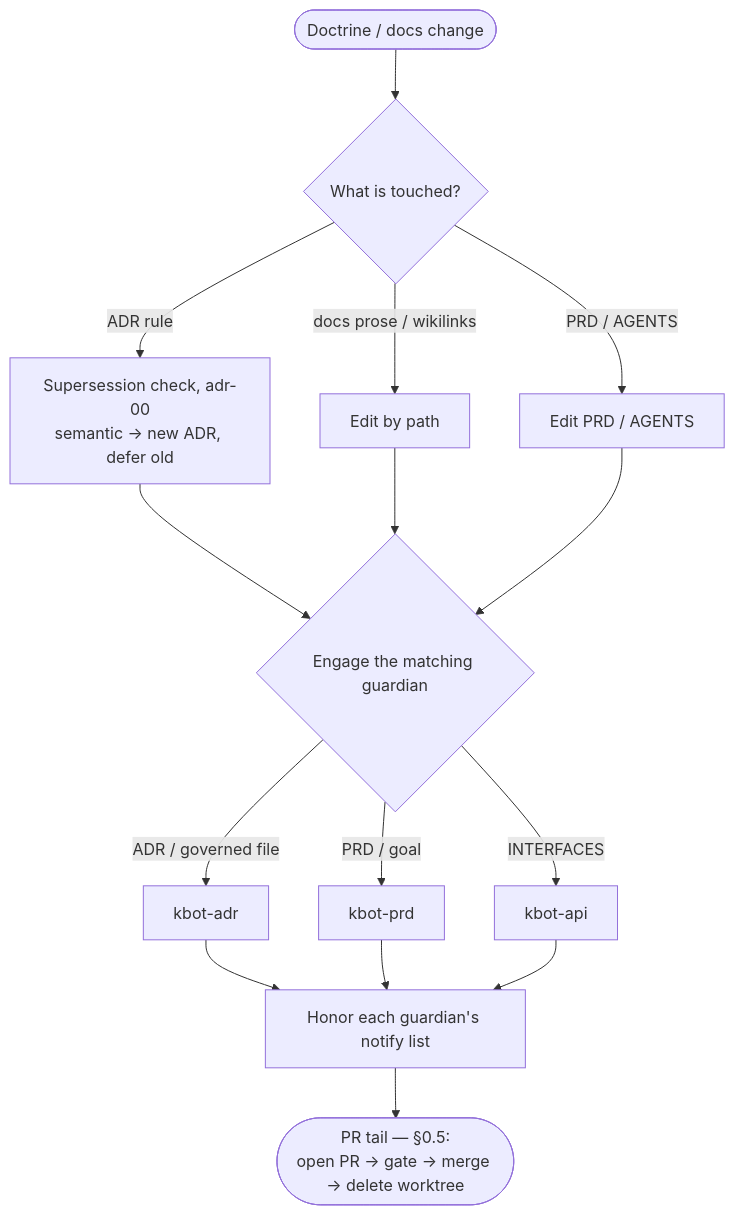
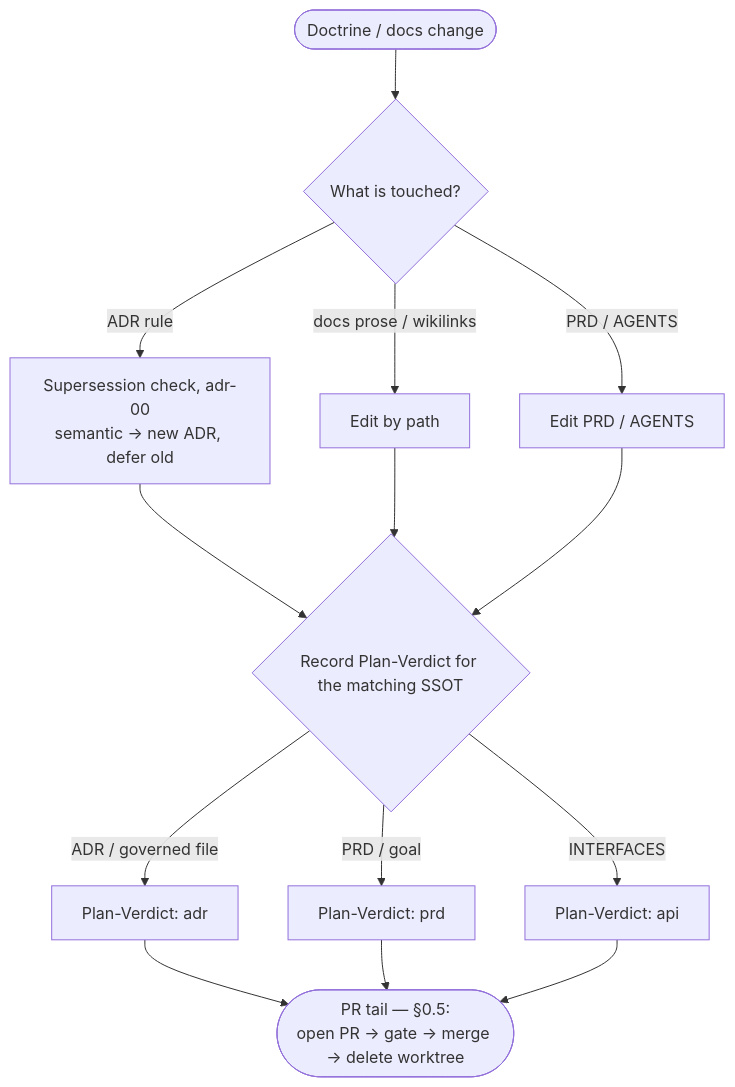
Before and after one commit to kodexArg/harness-base: the seventh of 7 diagrams in docs/DEVELOPMENT-LOOP.md, drawn with Mermaid. The commit also changed other lines of this file and 32 other files, not shown here.

First line of the commit message:
fix(harness): record SSOT merge-gate as Plan-Verdict only

````diff
--- a/docs/DEVELOPMENT-LOOP.md
+++ b/docs/DEVELOPMENT-LOOP.md
@@ -204,17 +204,16 @@
 ```mermaid
 flowchart TD
     D(["Doctrine / docs change"]) --> W{"What is touched?"}
     W -->|ADR rule| ADR["Supersession check, adr-00<br/>semantic → new ADR, defer old"]
     W -->|docs prose / wikilinks| PROSE["Edit by path"]
     W -->|PRD / AGENTS| PRDN["Edit PRD / AGENTS"]
-    ADR --> GUARD{"Engage the matching guardian"}
-    PROSE --> GUARD
-    PRDN --> GUARD
-    GUARD -->|ADR / governed file| GA["kbot-adr"]
-    GUARD -->|PRD / goal| GP["kbot-prd"]
-    GUARD -->|INTERFACES| GI["kbot-api"]
-    GA --> NOTIFY["Honor each guardian's notify list"]
-    GP --> NOTIFY
-    GI --> NOTIFY
-    NOTIFY --> PR(["PR tail — §0.5:<br/>open PR → gate → merge → delete worktree"])
+    ADR --> GATE{"Record Plan-Verdict for the matching SSOT"}
+    PROSE --> GATE
+    PRDN --> GATE
+    GATE -->|ADR / governed file| GA["Plan-Verdict: adr"]
+    GATE -->|PRD / goal| GP["Plan-Verdict: prd"]
+    GATE -->|INTERFACES| GI["Plan-Verdict: api"]
+    GA --> PR(["PR tail — §0.5:<br/>open PR → gate → merge → delete worktree"])
+    GP --> PR
+    GI --> PR
 ```
````
